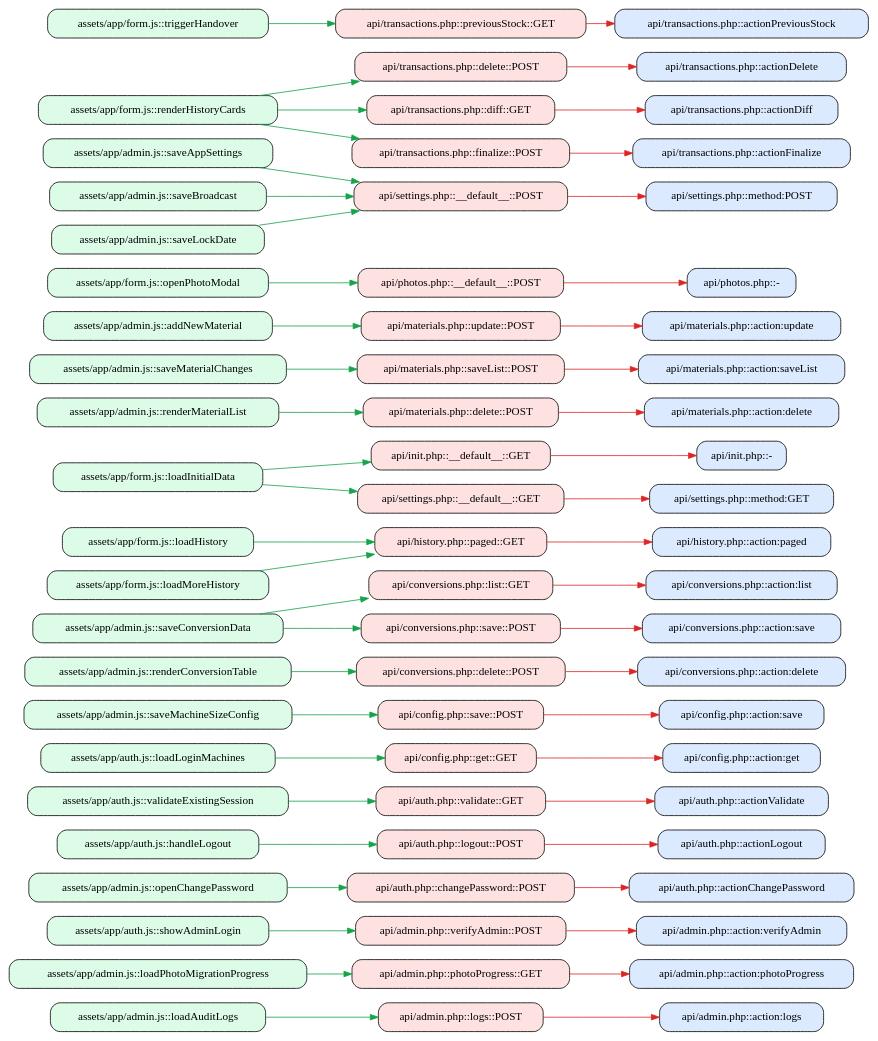
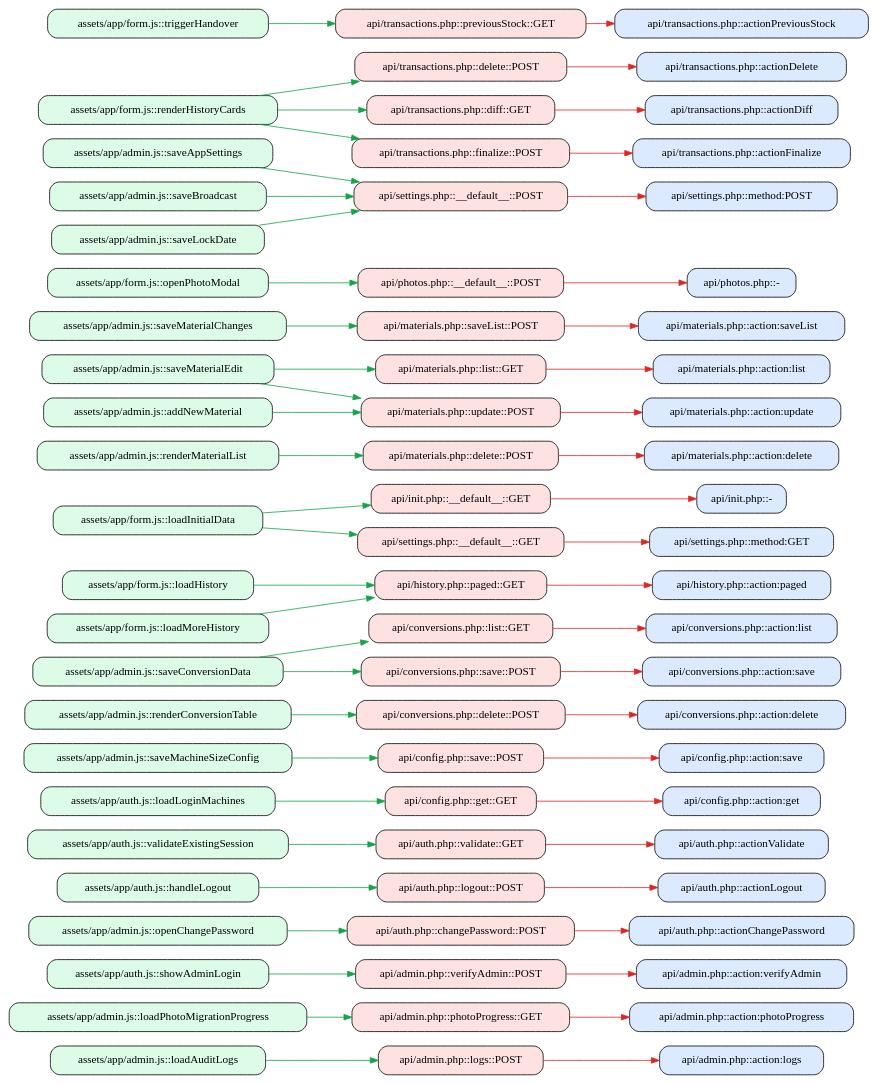
Before and after one commit to imannurchaedi-max/prodadmin: the diagram in documentation/generated/IO_DEPENDENCY_GRAPH.dot, drawn with Graphviz. The commit also changed 31 other files, not shown here.

First line of the commit message:
Full comment/doc relevance audit; regenerate all architecture maps

```diff
--- a/documentation/generated/IO_DEPENDENCY_GRAPH.dot
+++ b/documentation/generated/IO_DEPENDENCY_GRAPH.dot
@@ -1,125 +1,132 @@
 digraph IODependency {
   rankdir="LR";
   node [shape=box, style="rounded,filled", fillcolor="#f8fafc"];
   "api/admin.php::logs::POST" [fillcolor="#fee2e2"];
   "api/admin.php::action:logs" [fillcolor="#dbeafe"];
   "api/admin.php::logs::POST" -> "api/admin.php::action:logs" [color="#dc2626"];
   "assets/app/admin.js::loadAuditLogs" [fillcolor="#dcfce7"];
   "assets/app/admin.js::loadAuditLogs" -> "api/admin.php::logs::POST" [color="#16a34a"];
   "api/admin.php::photoProgress::GET" [fillcolor="#fee2e2"];
   "api/admin.php::action:photoProgress" [fillcolor="#dbeafe"];
   "api/admin.php::photoProgress::GET" -> "api/admin.php::action:photoProgress" [color="#dc2626"];
   "assets/app/admin.js::loadPhotoMigrationProgress" [fillcolor="#dcfce7"];
   "assets/app/admin.js::loadPhotoMigrationProgress" -> "api/admin.php::photoProgress::GET" [color="#16a34a"];
   "api/admin.php::verifyAdmin::POST" [fillcolor="#fee2e2"];
   "api/admin.php::action:verifyAdmin" [fillcolor="#dbeafe"];
   "api/admin.php::verifyAdmin::POST" -> "api/admin.php::action:verifyAdmin" [color="#dc2626"];
   "assets/app/auth.js::showAdminLogin" [fillcolor="#dcfce7"];
   "assets/app/auth.js::showAdminLogin" -> "api/admin.php::verifyAdmin::POST" [color="#16a34a"];
   "api/auth.php::changePassword::POST" [fillcolor="#fee2e2"];
   "api/auth.php::actionChangePassword" [fillcolor="#dbeafe"];
   "api/auth.php::changePassword::POST" -> "api/auth.php::actionChangePassword" [color="#dc2626"];
   "assets/app/admin.js::openChangePassword" [fillcolor="#dcfce7"];
   "assets/app/admin.js::openChangePassword" -> "api/auth.php::changePassword::POST" [color="#16a34a"];
   "api/auth.php::logout::POST" [fillcolor="#fee2e2"];
   "api/auth.php::actionLogout" [fillcolor="#dbeafe"];
   "api/auth.php::logout::POST" -> "api/auth.php::actionLogout" [color="#dc2626"];
   "assets/app/auth.js::handleLogout" [fillcolor="#dcfce7"];
   "assets/app/auth.js::handleLogout" -> "api/auth.php::logout::POST" [color="#16a34a"];
   "api/auth.php::validate::GET" [fillcolor="#fee2e2"];
   "api/auth.php::actionValidate" [fillcolor="#dbeafe"];
   "api/auth.php::validate::GET" -> "api/auth.php::actionValidate" [color="#dc2626"];
   "assets/app/auth.js::validateExistingSession" [fillcolor="#dcfce7"];
   "assets/app/auth.js::validateExistingSession" -> "api/auth.php::validate::GET" [color="#16a34a"];
   "api/config.php::get::GET" [fillcolor="#fee2e2"];
   "api/config.php::action:get" [fillcolor="#dbeafe"];
   "api/config.php::get::GET" -> "api/config.php::action:get" [color="#dc2626"];
   "assets/app/auth.js::loadLoginMachines" [fillcolor="#dcfce7"];
   "assets/app/auth.js::loadLoginMachines" -> "api/config.php::get::GET" [color="#16a34a"];
   "api/config.php::save::POST" [fillcolor="#fee2e2"];
   "api/config.php::action:save" [fillcolor="#dbeafe"];
   "api/config.php::save::POST" -> "api/config.php::action:save" [color="#dc2626"];
   "assets/app/admin.js::saveMachineSizeConfig" [fillcolor="#dcfce7"];
   "assets/app/admin.js::saveMachineSizeConfig" -> "api/config.php::save::POST" [color="#16a34a"];
   "api/conversions.php::delete::POST" [fillcolor="#fee2e2"];
   "api/conversions.php::action:delete" [fillcolor="#dbeafe"];
   "api/conversions.php::delete::POST" -> "api/conversions.php::action:delete" [color="#dc2626"];
   "assets/app/admin.js::renderConversionTable" [fillcolor="#dcfce7"];
   "assets/app/admin.js::renderConversionTable" -> "api/conversions.php::delete::POST" [color="#16a34a"];
   "api/conversions.php::list::GET" [fillcolor="#fee2e2"];
   "api/conversions.php::action:list" [fillcolor="#dbeafe"];
   "api/conversions.php::list::GET" -> "api/conversions.php::action:list" [color="#dc2626"];
   "assets/app/admin.js::saveConversionData" [fillcolor="#dcfce7"];
   "assets/app/admin.js::saveConversionData" -> "api/conversions.php::list::GET" [color="#16a34a"];
   "api/conversions.php::save::POST" [fillcolor="#fee2e2"];
   "api/conversions.php::action:save" [fillcolor="#dbeafe"];
   "api/conversions.php::save::POST" -> "api/conversions.php::action:save" [color="#dc2626"];
   "assets/app/admin.js::saveConversionData" [fillcolor="#dcfce7"];
   "assets/app/admin.js::saveConversionData" -> "api/conversions.php::save::POST" [color="#16a34a"];
   "api/history.php::paged::GET" [fillcolor="#fee2e2"];
   "api/history.php::action:paged" [fillcolor="#dbeafe"];
   "api/history.php::paged::GET" -> "api/history.php::action:paged" [color="#dc2626"];
   "assets/app/form.js::loadHistory" [fillcolor="#dcfce7"];
   "assets/app/form.js::loadHistory" -> "api/history.php::paged::GET" [color="#16a34a"];
   "assets/app/form.js::loadMoreHistory" [fillcolor="#dcfce7"];
   "assets/app/form.js::loadMoreHistory" -> "api/history.php::paged::GET" [color="#16a34a"];
   "api/init.php::__default__::GET" [fillcolor="#fee2e2"];
   "api/init.php::-" [fillcolor="#dbeafe"];
   "api/init.php::__default__::GET" -> "api/init.php::-" [color="#dc2626"];
   "assets/app/form.js::loadInitialData" [fillcolor="#dcfce7"];
   "assets/app/form.js::loadInitialData" -> "api/init.php::__default__::GET" [color="#16a34a"];
   "api/materials.php::delete::POST" [fillcolor="#fee2e2"];
   "api/materials.php::action:delete" [fillcolor="#dbeafe"];
   "api/materials.php::delete::POST" -> "api/materials.php::action:delete" [color="#dc2626"];
   "assets/app/admin.js::renderMaterialList" [fillcolor="#dcfce7"];
   "assets/app/admin.js::renderMaterialList" -> "api/materials.php::delete::POST" [color="#16a34a"];
+  "api/materials.php::list::GET" [fillcolor="#fee2e2"];
+  "api/materials.php::action:list" [fillcolor="#dbeafe"];
+  "api/materials.php::list::GET" -> "api/materials.php::action:list" [color="#dc2626"];
+  "assets/app/admin.js::saveMaterialEdit" [fillcolor="#dcfce7"];
+  "assets/app/admin.js::saveMaterialEdit" -> "api/materials.php::list::GET" [color="#16a34a"];
   "api/materials.php::saveList::POST" [fillcolor="#fee2e2"];
   "api/materials.php::action:saveList" [fillcolor="#dbeafe"];
   "api/materials.php::saveList::POST" -> "api/materials.php::action:saveList" [color="#dc2626"];
   "assets/app/admin.js::saveMaterialChanges" [fillcolor="#dcfce7"];
   "assets/app/admin.js::saveMaterialChanges" -> "api/materials.php::saveList::POST" [color="#16a34a"];
   "api/materials.php::update::POST" [fillcolor="#fee2e2"];
   "api/materials.php::action:update" [fillcolor="#dbeafe"];
   "api/materials.php::update::POST" -> "api/materials.php::action:update" [color="#dc2626"];
   "assets/app/admin.js::addNewMaterial" [fillcolor="#dcfce7"];
   "assets/app/admin.js::addNewMaterial" -> "api/materials.php::update::POST" [color="#16a34a"];
+  "assets/app/admin.js::saveMaterialEdit" [fillcolor="#dcfce7"];
+  "assets/app/admin.js::saveMaterialEdit" -> "api/materials.php::update::POST" [color="#16a34a"];
   "api/photos.php::__default__::POST" [fillcolor="#fee2e2"];
   "api/photos.php::-" [fillcolor="#dbeafe"];
   "api/photos.php::__default__::POST" -> "api/photos.php::-" [color="#dc2626"];
   "assets/app/form.js::openPhotoModal" [fillcolor="#dcfce7"];
   "assets/app/form.js::openPhotoModal" -> "api/photos.php::__default__::POST" [color="#16a34a"];
   "api/settings.php::__default__::GET" [fillcolor="#fee2e2"];
   "api/settings.php::method:GET" [fillcolor="#dbeafe"];
   "api/settings.php::__default__::GET" -> "api/settings.php::method:GET" [color="#dc2626"];
   "assets/app/form.js::loadInitialData" [fillcolor="#dcfce7"];
   "assets/app/form.js::loadInitialData" -> "api/settings.php::__default__::GET" [color="#16a34a"];
   "api/settings.php::__default__::POST" [fillcolor="#fee2e2"];
   "api/settings.php::method:POST" [fillcolor="#dbeafe"];
   "api/settings.php::__default__::POST" -> "api/settings.php::method:POST" [color="#dc2626"];
   "assets/app/admin.js::saveAppSettings" [fillcolor="#dcfce7"];
   "assets/app/admin.js::saveAppSettings" -> "api/settings.php::__default__::POST" [color="#16a34a"];
   "assets/app/admin.js::saveBroadcast" [fillcolor="#dcfce7"];
   "assets/app/admin.js::saveBroadcast" -> "api/settings.php::__default__::POST" [color="#16a34a"];
   "assets/app/admin.js::saveLockDate" [fillcolor="#dcfce7"];
   "assets/app/admin.js::saveLockDate" -> "api/settings.php::__default__::POST" [color="#16a34a"];
   "api/transactions.php::delete::POST" [fillcolor="#fee2e2"];
   "api/transactions.php::actionDelete" [fillcolor="#dbeafe"];
   "api/transactions.php::delete::POST" -> "api/transactions.php::actionDelete" [color="#dc2626"];
   "assets/app/form.js::renderHistoryCards" [fillcolor="#dcfce7"];
   "assets/app/form.js::renderHistoryCards" -> "api/transactions.php::delete::POST" [color="#16a34a"];
   "api/transactions.php::diff::GET" [fillcolor="#fee2e2"];
   "api/transactions.php::actionDiff" [fillcolor="#dbeafe"];
   "api/transactions.php::diff::GET" -> "api/transactions.php::actionDiff" [color="#dc2626"];
   "assets/app/form.js::renderHistoryCards" [fillcolor="#dcfce7"];
   "assets/app/form.js::renderHistoryCards" -> "api/transactions.php::diff::GET" [color="#16a34a"];
   "api/transactions.php::finalize::POST" [fillcolor="#fee2e2"];
   "api/transactions.php::actionFinalize" [fillcolor="#dbeafe"];
   "api/transactions.php::finalize::POST" -> "api/transactions.php::actionFinalize" [color="#dc2626"];
   "assets/app/form.js::renderHistoryCards" [fillcolor="#dcfce7"];
   "assets/app/form.js::renderHistoryCards" -> "api/transactions.php::finalize::POST" [color="#16a34a"];
   "api/transactions.php::previousStock::GET" [fillcolor="#fee2e2"];
   "api/transactions.php::actionPreviousStock" [fillcolor="#dbeafe"];
   "api/transactions.php::previousStock::GET" -> "api/transactions.php::actionPreviousStock" [color="#dc2626"];
   "assets/app/form.js::triggerHandover" [fillcolor="#dcfce7"];
   "assets/app/form.js::triggerHandover" -> "api/transactions.php::previousStock::GET" [color="#16a34a"];
 }
```
